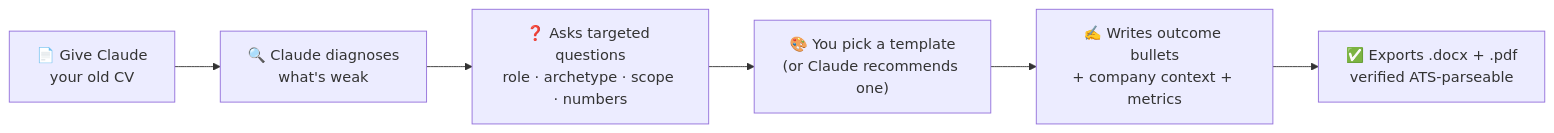
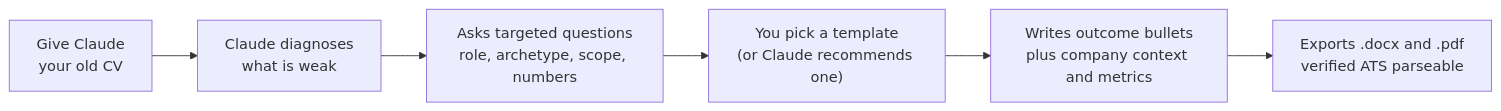
The diagram in README.md (Shehabov/pm-resume-builder-skill), drawn with Mermaid before and after one commit. The commit also changed other lines of this file and 26 other files, not shown here.

First line of the commit message:
Full-page A4 template previews; unify into one skill; remove dashes and AI patterns

````diff
--- a/README.md
+++ b/README.md
@@ -52,8 +52,8 @@
 ```mermaid
 flowchart LR
-  A["📄 Give Claude<br/>your old CV"] --> B["🔍 Claude diagnoses<br/>what's weak"]
-  B --> C["❓ Asks targeted questions<br/>role · archetype · scope · numbers"]
-  C --> D["🎨 You pick a template<br/>(or Claude recommends one)"]
-  D --> E["✍️ Writes outcome bullets<br/>+ company context + metrics"]
-  E --> F["✅ Exports .docx + .pdf<br/>verified ATS-parseable"]
+  A["Give Claude<br/>your old CV"] --> B["Claude diagnoses<br/>what is weak"]
+  B --> C["Asks targeted questions<br/>role, archetype, scope, numbers"]
+  C --> D["You pick a template<br/>(or Claude recommends one)"]
+  D --> E["Writes outcome bullets<br/>plus company context and metrics"]
+  E --> F["Exports .docx and .pdf<br/>verified ATS parseable"]
 ```
````
